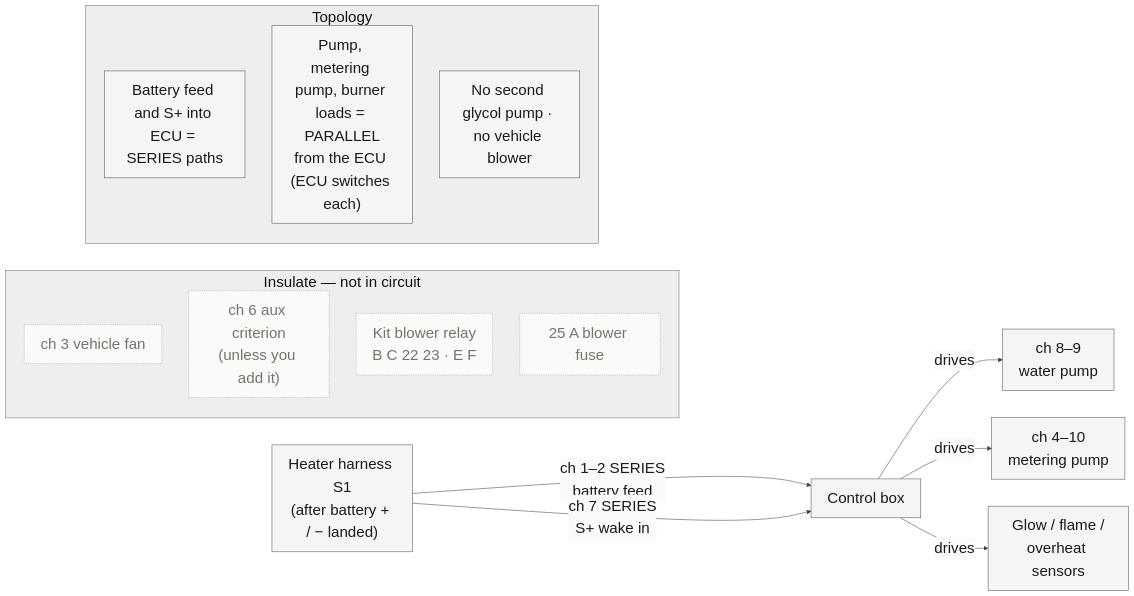
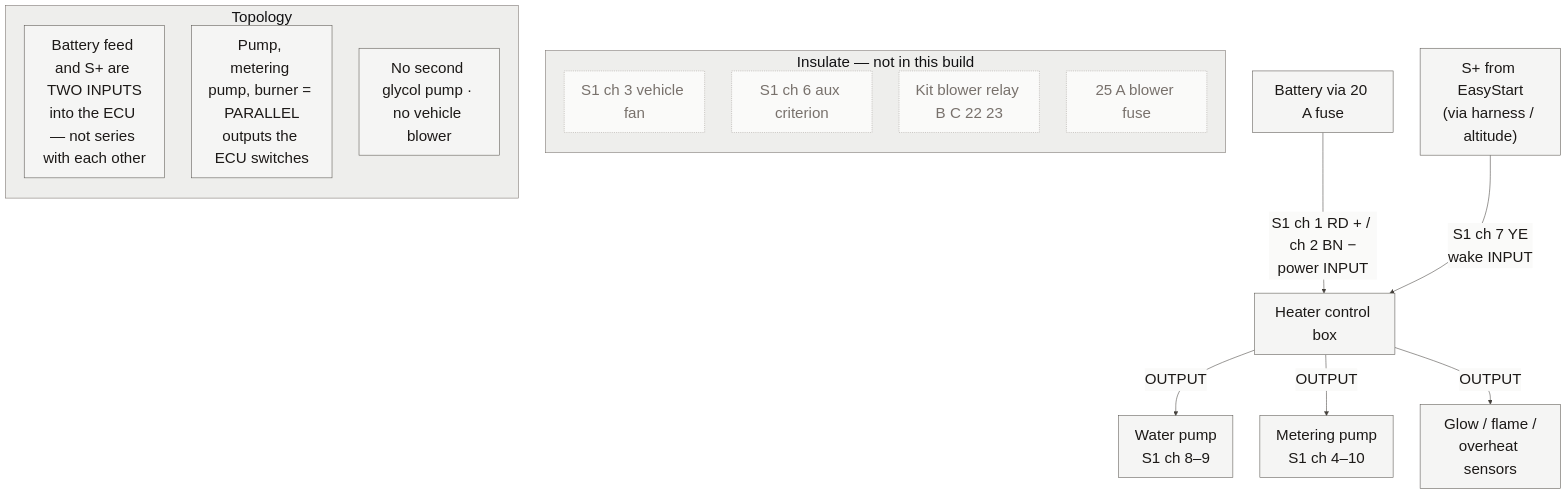
The diagram in book/diagrams/electrical-heater.mmd (benracine/sprinter-heat), drawn with Mermaid before and after one commit. The commit also changed 12 other files, not shown here.

```diff
--- a/book/diagrams/electrical-heater.mmd
+++ b/book/diagrams/electrical-heater.mmd
@@ -1,30 +1,32 @@
 %%{init: {'theme':'base','themeVariables': {'background':'#fafaf9','primaryColor':'#f5f5f4','primaryTextColor':'#1c1917','primaryBorderColor':'#57534e','lineColor':'#44403c','secondaryColor':'#e7e5e4','tertiaryColor':'#eeeeec','fontFamily':'Avenir Next, Avenir, Helvetica Neue, sans-serif','fontSize':'28px','textColor':'#1c1917','mainBkg':'#f5f5f4','clusterBkg':'#eeeeec','clusterBorder':'#78716c','edgeLabelBackground':'#fafaf9'}}}%%
-flowchart LR
-  S1["Heater harness S1<br/>(after battery + / − landed)"]
+flowchart TB
+  BAT["Battery via 20 A fuse"]
+  SPLUS["S+ from EasyStart<br/>(via harness / altitude)"]
+  ECU["Heater control box"]
 
-  S1 -->|"ch 1–2 SERIES<br/>battery feed"| ECU["Control box"]
-  S1 -->|"ch 7 SERIES<br/>S+ wake in"| ECU
+  BAT -->|"S1 ch 1 RD + / ch 2 BN −<br/>power INPUT"| ECU
+  SPLUS -->|"S1 ch 7 YE<br/>wake INPUT"| ECU
 
-  ECU -->|"drives"| P8["ch 8–9<br/>water pump"]
-  ECU -->|"drives"| P4["ch 4–10<br/>metering pump"]
-  ECU -->|"drives"| IN["Glow / flame /<br/>overheat sensors"]
+  ECU -->|"OUTPUT"| P8["Water pump<br/>S1 ch 8–9"]
+  ECU -->|"OUTPUT"| P4["Metering pump<br/>S1 ch 4–10"]
+  ECU -->|"OUTPUT"| IN["Glow / flame /<br/>overheat sensors"]
 
-  subgraph unused["Insulate — not in circuit"]
+  subgraph unused["Insulate — not in this build"]
     direction TB
-    U3["ch 3 vehicle fan"]
-    U6["ch 6 aux criterion<br/>(unless you add it)"]
-    UB["Kit blower relay<br/>B C 22 23 · E F"]
+    U3["S1 ch 3 vehicle fan"]
+    U6["S1 ch 6 aux criterion"]
+    UB["Kit blower relay B C 22 23"]
     U25["25 A blower fuse"]
   end
 
   subgraph topo["Topology"]
     direction TB
-    T1["Battery feed and S+ into ECU = SERIES paths"]
-    T2["Pump, metering pump, burner loads = PARALLEL<br/>from the ECU (ECU switches each)"]
+    T1["Battery feed and S+ are TWO INPUTS<br/>into the ECU — not series with each other"]
+    T2["Pump, metering pump, burner = PARALLEL<br/>outputs the ECU switches"]
     T3["No second glycol pump · no vehicle blower"]
   end
 
   classDef solid fill:#f5f5f4,stroke:#57534e,stroke-width:1px,color:#1c1917;
   classDef skip fill:#fafaf9,stroke:#a8a29e,stroke-width:1px,stroke-dasharray:2 2,color:#78716c;
-  class S1,ECU,P8,P4,IN solid;
+  class BAT,SPLUS,ECU,P8,P4,IN solid;
   class U3,U6,UB,U25 skip;
```
